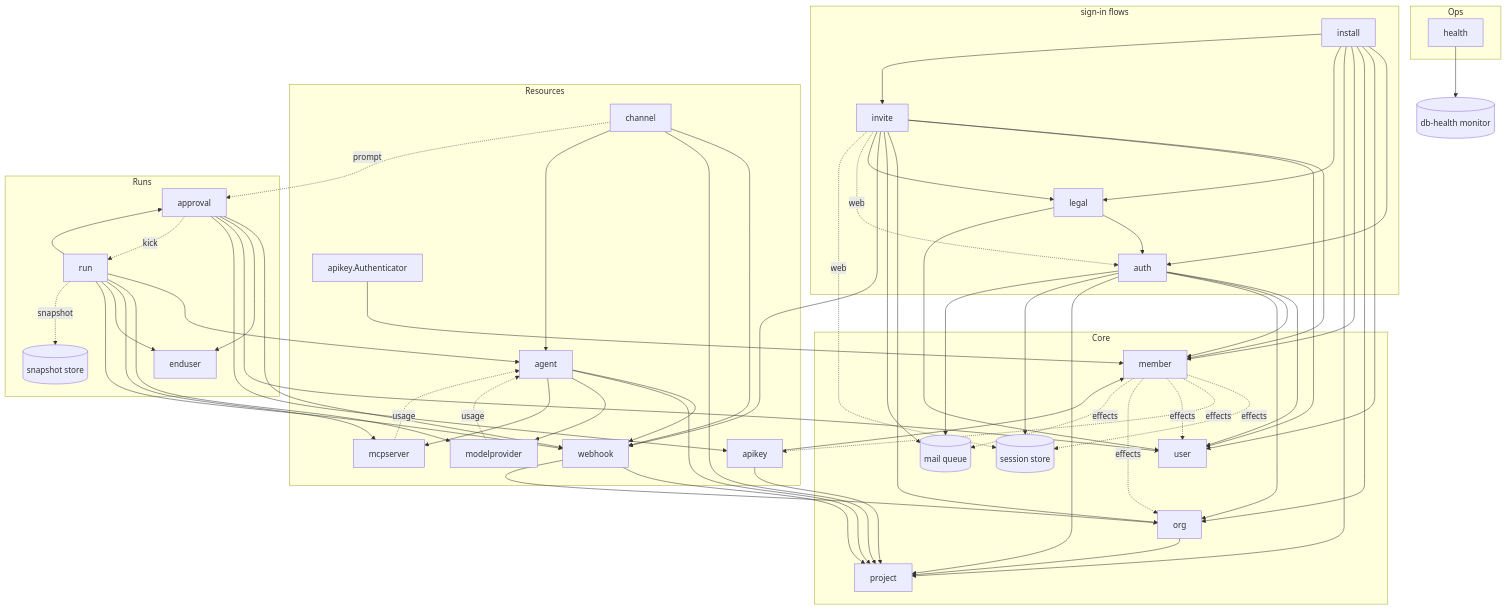
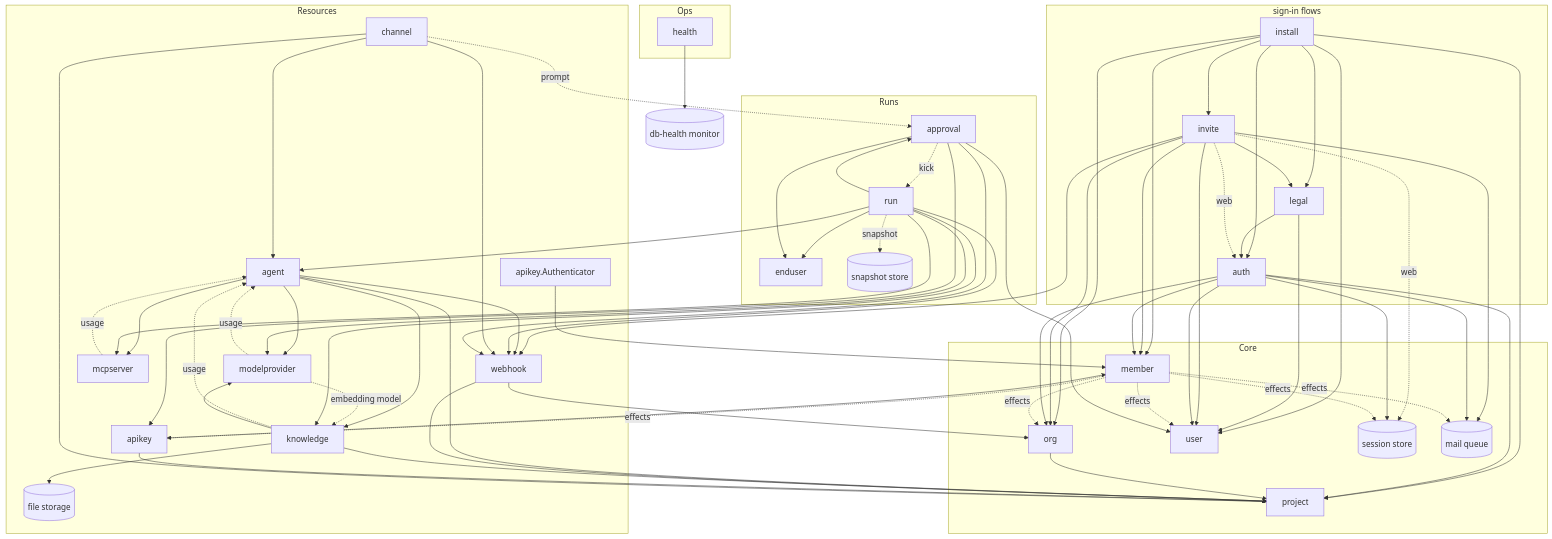
Before and after one commit to altalune-id/oagent: the third of 3 diagrams in internal/boot/README.md, drawn with Mermaid. The commit also changed other lines of this file and 371 other files, not shown here.

First line of the commit message:
feat(knowledge): answer from a project's documents and websites with pgvector (#95)

````diff
--- a/internal/boot/README.md
+++ b/internal/boot/README.md
@@ -136,63 +137,69 @@
 ```mermaid
 flowchart TD
     subgraph Flows["sign-in flows"]
         install
         legal
         auth
         invite
     end
     subgraph Ops
         health
     end
     subgraph Resources
         agent
         modelprovider
         mcpserver
+        knowledge
+        files[(file storage)]
         channel
         webhook
         apikey
         keyAuthn["apikey.Authenticator"]
     end
     subgraph Runs
         run
         enduser
         approval
         snapshots[(snapshot store)]
     end
     subgraph Core
         org
         project
         member
         user
         sessions[(session store)]
         mailqueue[(mail queue)]
     end
 
     install --> auth
     legal --> auth
     install --> user & org & member & project & legal & invite
     legal --> user
     invite --> member & user & org & mailqueue & webhook & legal
     invite -. web .-> auth & sessions
     auth --> user & member & org & project & sessions & mailqueue
 
     agent --> webhook
     agent --> project
     agent --> modelprovider & mcpserver
     modelprovider -. usage .-> agent
     mcpserver -. usage .-> agent
+    agent --> knowledge
+    knowledge -. usage .-> agent
+    knowledge --> files & modelprovider & project
+    modelprovider -. embedding model .-> knowledge
     webhook --> project & org
     apikey --> project & member
     keyAuthn --> member
     member -. effects .-> sessions & apikey & user & org & mailqueue
-    run --> agent & modelprovider & mcpserver & enduser & webhook
+    run --> agent & modelprovider & mcpserver & enduser & webhook & knowledge
     channel --> webhook & project & agent
     approval --> webhook & enduser & user & apikey
     approval -. kick .-> run
     run --> approval
     channel -. prompt .-> approval
     run -. snapshot .-> snapshots
     health --> dbh[(db-health monitor)]
 
     org --> project
 ```
````
